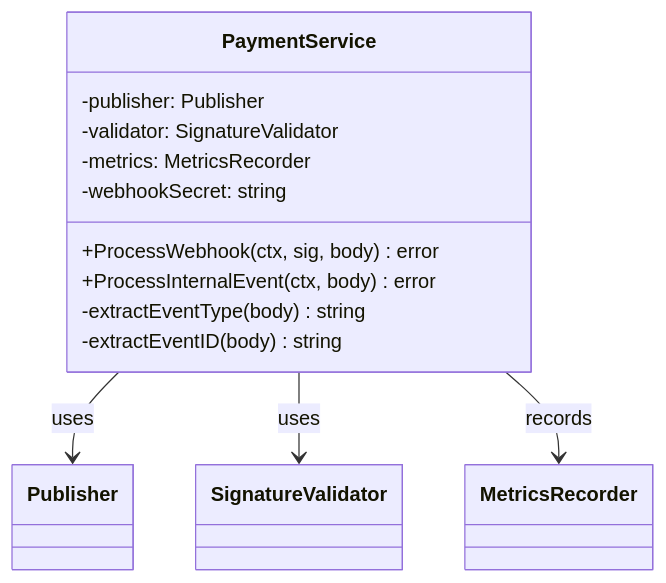
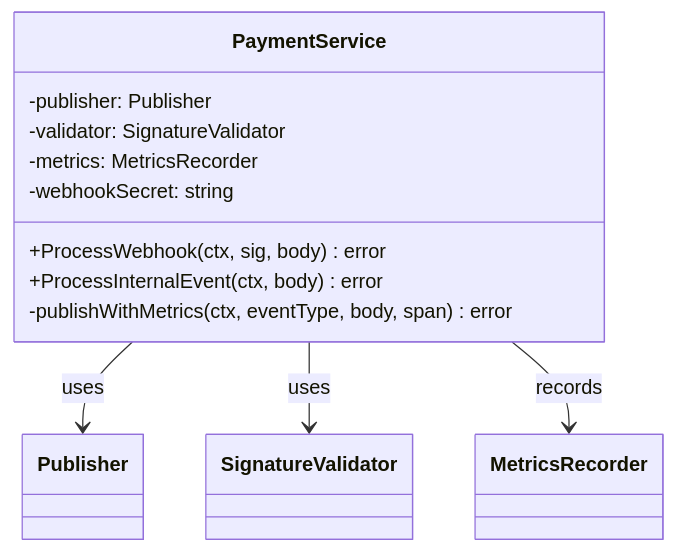
One commit to kunalPisolkar24/detectAI changed the fourth of 8 diagrams in services/payments/gateway/docs/concepts/architecture.md. Above: the diagram before and after it, drawn with Mermaid. The commit also changed other lines of this file and 14 other files, not shown here.

````diff
--- a/services/payments/gateway/docs/concepts/architecture.md
+++ b/services/payments/gateway/docs/concepts/architecture.md
@@ -145,16 +157,15 @@
 ```mermaid
 classDiagram
     class PaymentService {
         -publisher: Publisher
         -validator: SignatureValidator
         -metrics: MetricsRecorder
         -webhookSecret: string
         +ProcessWebhook(ctx, sig, body) error
         +ProcessInternalEvent(ctx, body) error
-        -extractEventType(body) string
-        -extractEventID(body) string
+        -publishWithMetrics(ctx, eventType, body, span) error
     }
     PaymentService --> Publisher : uses
     PaymentService --> SignatureValidator : uses
     PaymentService --> MetricsRecorder : records
 ```
````
